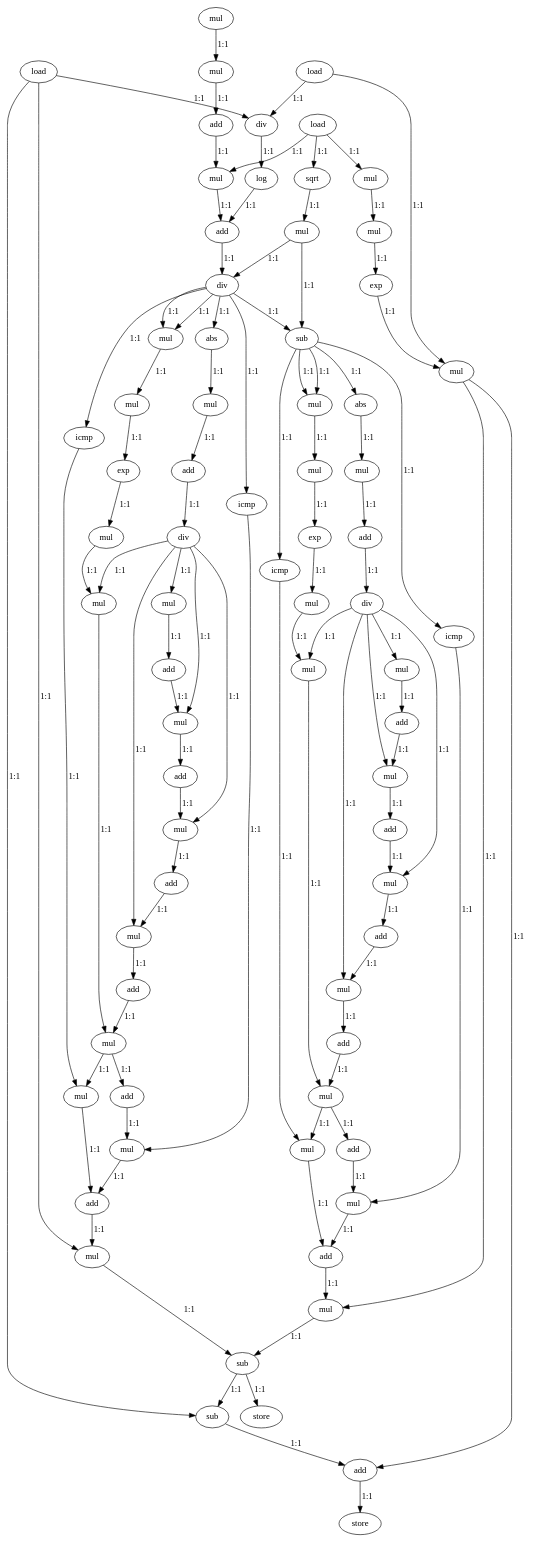
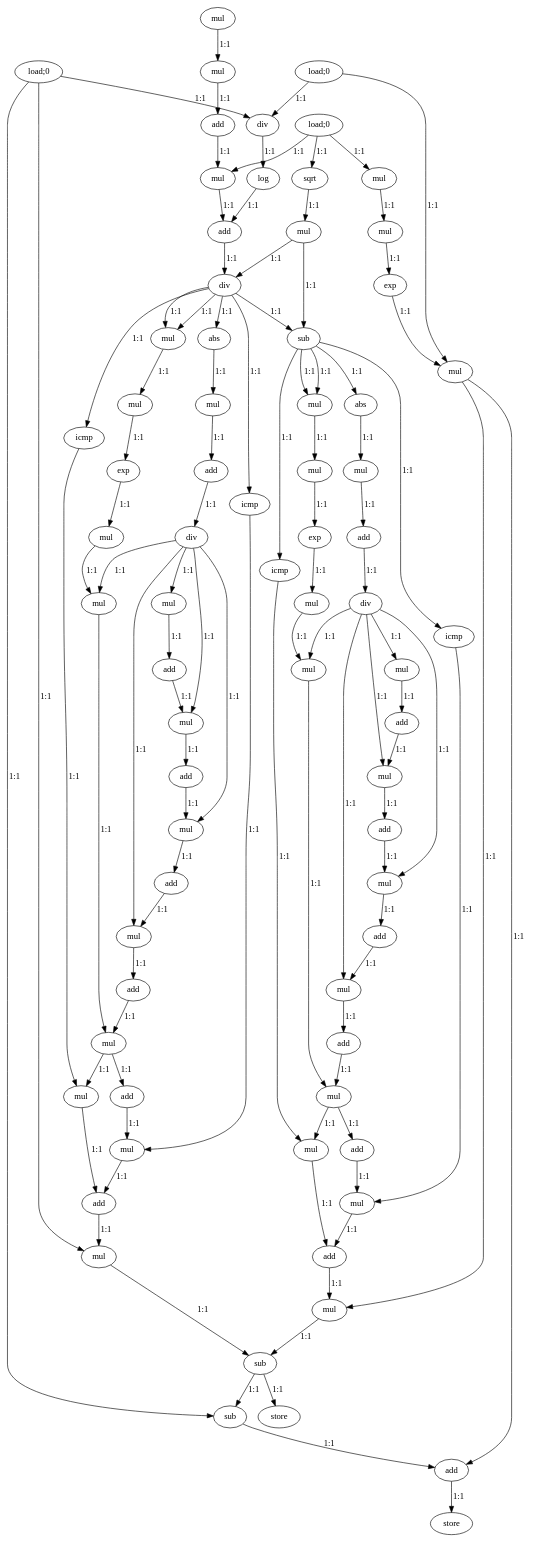
One commit to nikhilsambhus/DFGprop changed the diagram in large_dfgs/BlackScholes.dot. Above: the diagram before and after it, drawn with Graphviz. The commit also changed 16 other files, not shown here.

```diff
--- a/large_dfgs/BlackScholes.dot
+++ b/large_dfgs/BlackScholes.dot
@@ -1,174 +1,174 @@
 digraph {
   0 [label="mul"];
-  1 [label="load"];
+  1 [label="load;0"];
   2 [label="mul"];
-  3 [label="load"];
+  3 [label="load;0"];
   4 [label="div"];
   5 [label="add"];
-  6 [label="load"];
+  6 [label="load;0"];
   7 [label="log"];
   8 [label="mul"];
   9 [label="sqrt"];
   10 [label="mul"];
   11 [label="add"];
   12 [label="mul"];
   13 [label="mul"];
   14 [label="div"];
   15 [label="exp"];
   16 [label="mul"];
   17 [label="abs"];
   18 [label="sub"];
   19 [label="mul"];
   20 [label="mul"];
   21 [label="abs"];
   22 [label="mul"];
   23 [label="exp"];
   24 [label="add"];
   25 [label="mul"];
   26 [label="mul"];
   27 [label="mul"];
   28 [label="div"];
   29 [label="add"];
   30 [label="exp"];
   31 [label="mul"];
   32 [label="mul"];
   33 [label="div"];
   34 [label="mul"];
   35 [label="add"];
   36 [label="mul"];
   37 [label="mul"];
   38 [label="icmp"];
   39 [label="mul"];
   40 [label="add"];
   41 [label="add"];
   42 [label="icmp"];
   43 [label="mul"];
   44 [label="mul"];
   45 [label="icmp"];
   46 [label="add"];
   47 [label="add"];
   48 [label="icmp"];
   49 [label="mul"];
   50 [label="mul"];
   51 [label="add"];
   52 [label="add"];
   53 [label="mul"];
   54 [label="mul"];
   55 [label="add"];
   56 [label="mul"];
   57 [label="add"];
   58 [label="mul"];
   59 [label="mul"];
   60 [label="mul"];
   61 [label="mul"];
   62 [label="add"];
   63 [label="add"];
   64 [label="mul"];
   65 [label="mul"];
   66 [label="add"];
   67 [label="mul"];
   68 [label="sub"];
   69 [label="sub"];
   70 [label="store"];
   71 [label="add"];
   72 [label="store"];
 
   4->7 [label="1:1"];
   5->8 [label="1:1"];
   6->8 [label="1:1"];
   6->9 [label="1:1"];
   6->10 [label="1:1"];
   7->11 [label="1:1"];
   8->11 [label="1:1"];
   9->12 [label="1:1"];
   10->13 [label="1:1"];
   11->14 [label="1:1"];
   12->14 [label="1:1"];
   12->18 [label="1:1"];
   13->15 [label="1:1"];
   14->38 [label="1:1"];
   14->16 [label="1:1"];
   14->16 [label="1:1"];
   14->17 [label="1:1"];
   14->18 [label="1:1"];
   14->42 [label="1:1"];
   15->56 [label="1:1"];
   16->19 [label="1:1"];
   17->20 [label="1:1"];
   18->48 [label="1:1"];
   18->45 [label="1:1"];
   18->21 [label="1:1"];
   18->22 [label="1:1"];
   18->22 [label="1:1"];
   19->23 [label="1:1"];
   20->24 [label="1:1"];
   21->25 [label="1:1"];
   22->26 [label="1:1"];
   23->27 [label="1:1"];
   24->28 [label="1:1"];
   25->29 [label="1:1"];
   26->30 [label="1:1"];
   27->31 [label="1:1"];
   28->31 [label="1:1"];
   28->50 [label="1:1"];
   28->44 [label="1:1"];
   28->39 [label="1:1"];
   28->32 [label="1:1"];
   29->33 [label="1:1"];
   30->34 [label="1:1"];
   31->54 [label="1:1"];
   32->35 [label="1:1"];
   33->36 [label="1:1"];
   33->43 [label="1:1"];
   33->49 [label="1:1"];
   33->53 [label="1:1"];
   33->37 [label="1:1"];
   34->37 [label="1:1"];
   35->39 [label="1:1"];
   36->40 [label="1:1"];
   37->59 [label="1:1"];
   38->60 [label="1:1"];
   39->41 [label="1:1"];
   40->43 [label="1:1"];
   41->44 [label="1:1"];
   42->58 [label="1:1"];
   43->46 [label="1:1"];
   44->47 [label="1:1"];
   45->64 [label="1:1"];
   46->49 [label="1:1"];
   47->50 [label="1:1"];
   48->61 [label="1:1"];
   49->51 [label="1:1"];
   50->52 [label="1:1"];
   51->53 [label="1:1"];
   52->54 [label="1:1"];
   53->55 [label="1:1"];
   54->57 [label="1:1"];
   54->58 [label="1:1"];
   55->59 [label="1:1"];
   56->67 [label="1:1"];
   56->71 [label="1:1"];
   57->60 [label="1:1"];
   58->63 [label="1:1"];
   59->61 [label="1:1"];
   59->62 [label="1:1"];
   60->63 [label="1:1"];
   61->66 [label="1:1"];
   62->64 [label="1:1"];
   63->65 [label="1:1"];
   64->66 [label="1:1"];
   65->68 [label="1:1"];
   66->67 [label="1:1"];
   67->68 [label="1:1"];
   68->69 [label="1:1"];
   68->70 [label="1:1"];
   69->71 [label="1:1"];
   71->72 [label="1:1"];
   0->2 [label="1:1"];
   1->69 [label="1:1"];
   1->65 [label="1:1"];
   1->4 [label="1:1"];
   2->5 [label="1:1"];
   3->4 [label="1:1"];
   3->56 [label="1:1"];
 }
```
